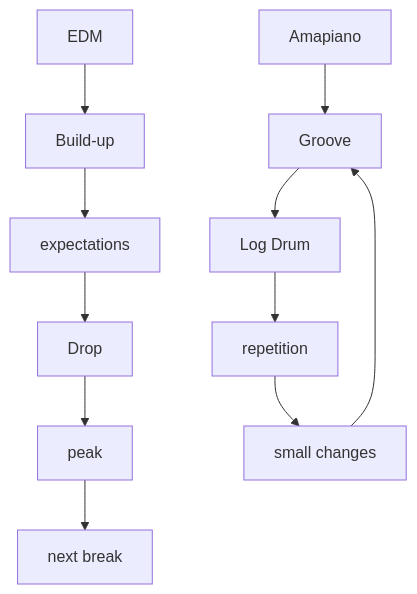
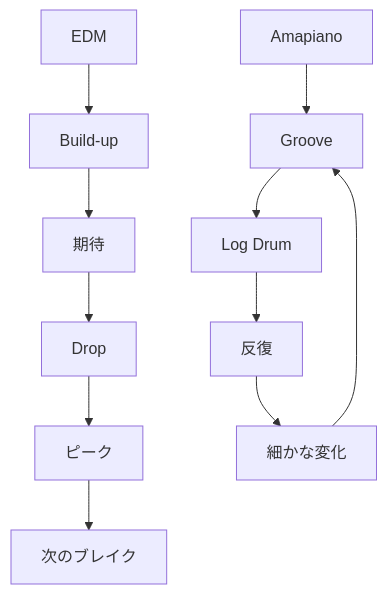
Before and after one commit to monumental-movement/monumental-movement.github.io: the second of 6 diagrams in en/_posts/2026-08-14-column-amapiano-no-need-drop.md, drawn with Mermaid. The commit also changed other lines of this file and 2196 other files, not shown here.

```diff
--- a/en/_posts/2026-08-14-column-amapiano-no-need-drop.md
+++ b/en/_posts/2026-08-14-column-amapiano-no-need-drop.md
@@ -348,15 +347,15 @@
 <div class="mermaid">
 flowchart TD
 A[EDM] --> B[Build-up]
-B --> C[expectations]
+B --> C[期待]
 C --> D[Drop]
-D --> E[peak]
-E --> F[next break]
+D --> E[ピーク]
+E --> F[次のブレイク]
 
 G[Amapiano] --> H[Groove]
 H --> I[Log Drum]
-I --> J[repetition]
-J --> K[small changes]
+I --> J[反復]
+J --> K[細かな変化]
 K --> H
 
 </div>
```
